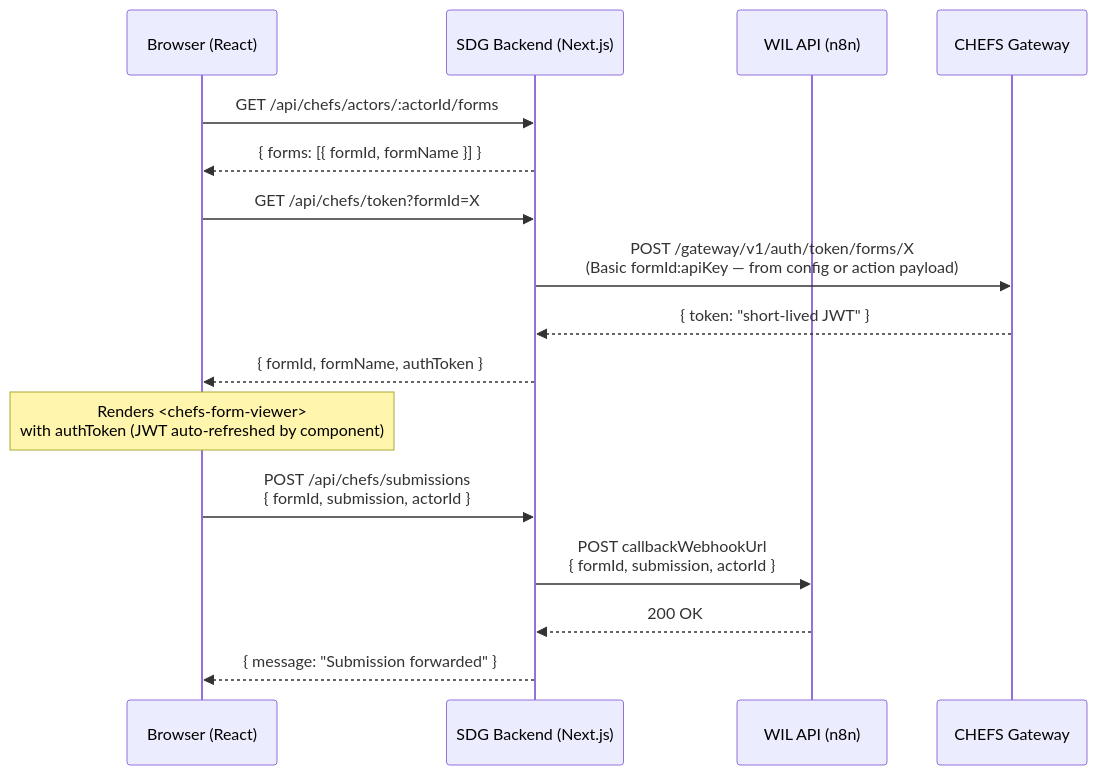
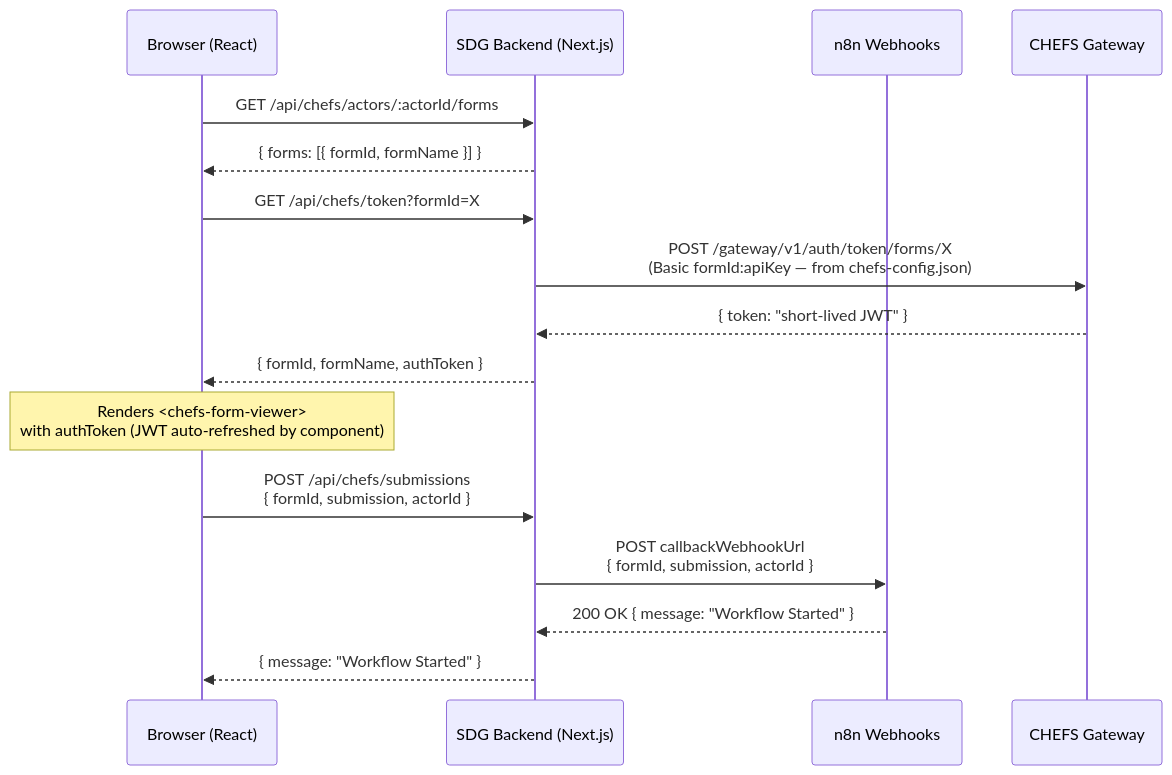
Before and after one commit to bcgov/common-hosted-workflow: the first of 2 diagrams in docker-compose/sdg-mock-app/README.md, drawn with Mermaid. The commit also changed other lines of this file and 2 other files, not shown here.

Commit message:
feat(CCP-4235): Exported workflow JSON and form details n8n datatable csv

````diff
--- a/docker-compose/sdg-mock-app/README.md
+++ b/docker-compose/sdg-mock-app/README.md
@@ -7,22 +9,22 @@
 ```mermaid
 sequenceDiagram
     participant B as Browser (React)
     participant S as SDG Backend (Next.js)
-    participant W as WIL API (n8n)
+    participant W as n8n Webhooks
     participant C as CHEFS Gateway
 
     B->>S: GET /api/chefs/actors/:actorId/forms
     S-->>B: { forms: [{ formId, formName }] }
 
     B->>S: GET /api/chefs/token?formId=X
-    S->>C: POST /gateway/v1/auth/token/forms/X<br/>(Basic formId:apiKey — from config or action payload)
+    S->>C: POST /gateway/v1/auth/token/forms/X<br/>(Basic formId:apiKey — from chefs-config.json)
     C-->>S: { token: "short-lived JWT" }
     S-->>B: { formId, formName, authToken }
 
     Note over B: Renders <chefs-form-viewer><br/>with authToken (JWT auto-refreshed by component)
 
     B->>S: POST /api/chefs/submissions<br/>{ formId, submission, actorId }
     S->>W: POST callbackWebhookUrl<br/>{ formId, submission, actorId }
-    W-->>S: 200 OK
-    S-->>B: { message: "Submission forwarded" }
+    W-->>S: 200 OK { message: "Workflow Started" }
+    S-->>B: { message: "Workflow Started" }
 ```
````
